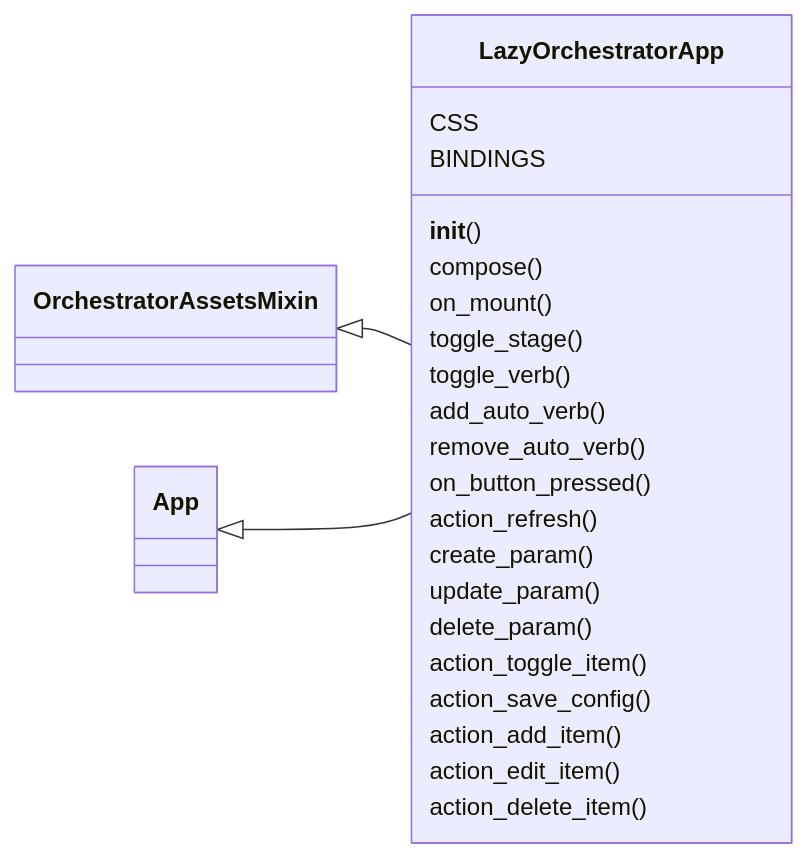
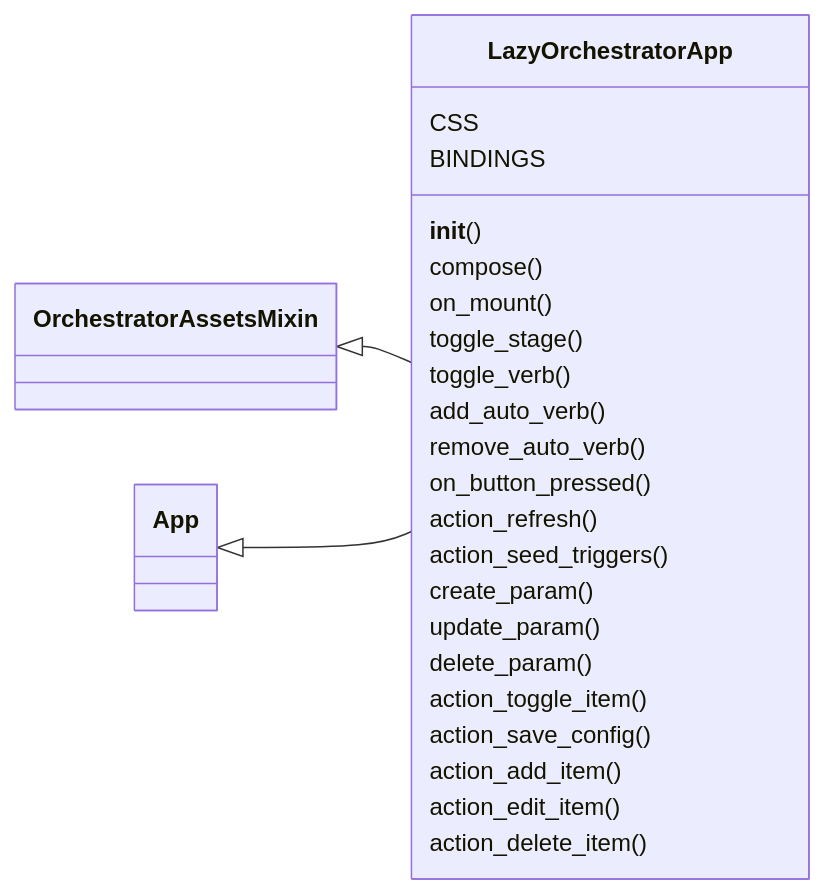
Before and after one commit to grisuno/LazyOwn: the first of 2 diagrams in readmenator-apidocs/modules/cli.lazy_orchestrator.py.md, drawn with Mermaid. The commit also changed other lines of this file and 496 other files, not shown here.

````diff
--- a/readmenator-apidocs/modules/cli.lazy_orchestrator.py.md
+++ b/readmenator-apidocs/modules/cli.lazy_orchestrator.py.md
@@ -29,28 +32,29 @@
 ```mermaid
 classDiagram
     direction LR
     class LazyOrchestratorApp
     LazyOrchestratorApp : CSS
     LazyOrchestratorApp : BINDINGS
     LazyOrchestratorApp : __init__()
     LazyOrchestratorApp : compose()
     LazyOrchestratorApp : on_mount()
     LazyOrchestratorApp : toggle_stage()
     LazyOrchestratorApp : toggle_verb()
     LazyOrchestratorApp : add_auto_verb()
     LazyOrchestratorApp : remove_auto_verb()
     LazyOrchestratorApp : on_button_pressed()
     LazyOrchestratorApp : action_refresh()
+    LazyOrchestratorApp : action_seed_triggers()
     LazyOrchestratorApp : create_param()
     LazyOrchestratorApp : update_param()
     LazyOrchestratorApp : delete_param()
     LazyOrchestratorApp : action_toggle_item()
     LazyOrchestratorApp : action_save_config()
     LazyOrchestratorApp : action_add_item()
     LazyOrchestratorApp : action_edit_item()
     LazyOrchestratorApp : action_delete_item()
     class OrchestratorAssetsMixin
     OrchestratorAssetsMixin <|-- LazyOrchestratorApp
     class App
     App <|-- LazyOrchestratorApp
 ```
````
